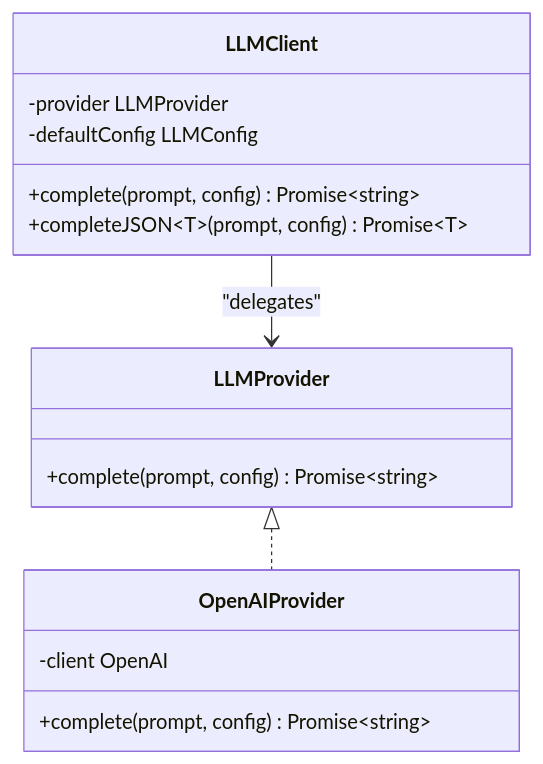
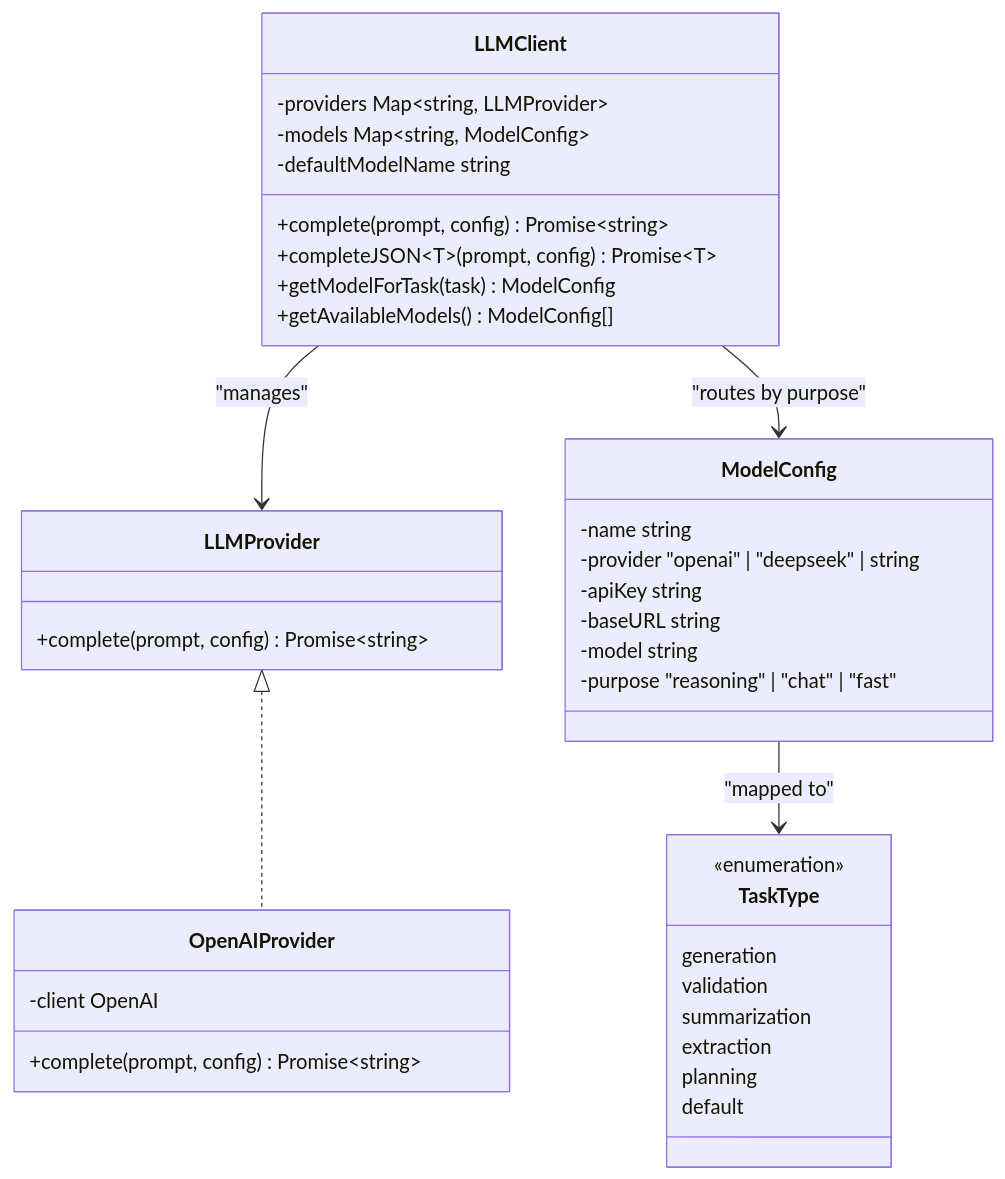
Before and after one commit to liwonder/NARRITIVE_OS: the third of 14 diagrams in .qoder/repowiki/en/content/Engine Architecture/Engine Architecture.md, drawn with Mermaid. The commit also changed other lines of this file and 12 other files, not shown here.

````diff
--- a/.qoder/repowiki/en/content/Engine Architecture/Engine Architecture.md
+++ b/.qoder/repowiki/en/content/Engine Architecture/Engine Architecture.md
@@ -278,18 +297,40 @@
 ```mermaid
 classDiagram
 class LLMProvider {
 +complete(prompt, config) Promise~string~
 }
 class OpenAIProvider {
 -client OpenAI
 +complete(prompt, config) Promise~string~
 }
 class LLMClient {
--provider LLMProvider
--defaultConfig LLMConfig
+-providers Map~string, LLMProvider~
+-models Map~string, ModelConfig~
+-defaultModelName string
 +complete(prompt, config) Promise~string~
 +completeJSON~T~(prompt, config) Promise~T~
++getModelForTask(task) ModelConfig
++getAvailableModels() ModelConfig[]
+}
+class ModelConfig {
+-name string
+-provider "openai" | "deepseek" | string
+-apiKey string
+-baseURL string
+-model string
+-purpose "reasoning" | "chat" | "fast"
+}
+class TaskType {
+<<enumeration>>
+generation
+validation
+summarization
+extraction
+planning
+default
 }
 LLMProvider <|.. OpenAIProvider
-LLMClient --> LLMProvider : "delegates"
+LLMClient --> LLMProvider : "manages"
+LLMClient --> ModelConfig : "routes by purpose"
+ModelConfig --> TaskType : "mapped to"
 ```
````
